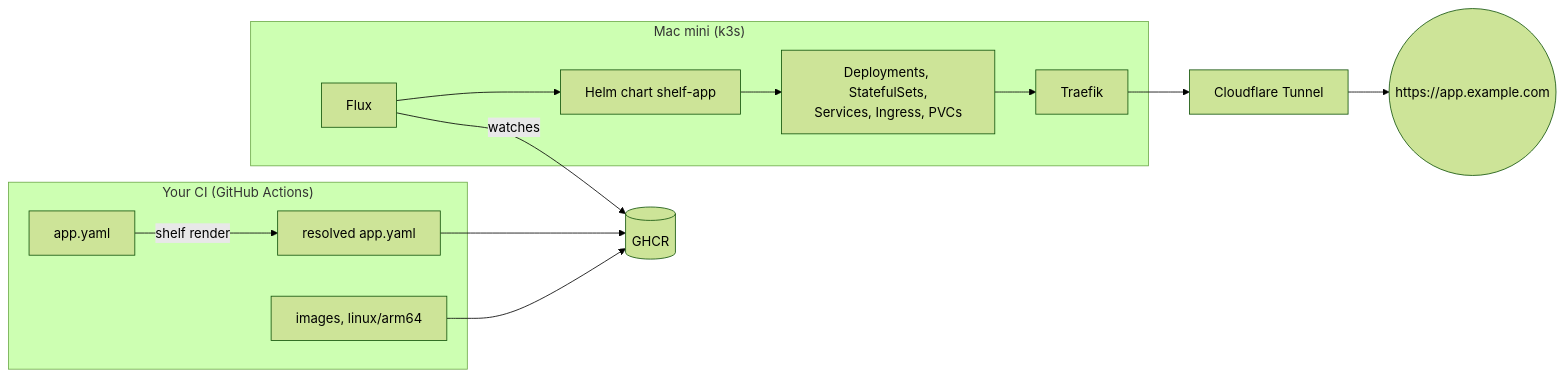
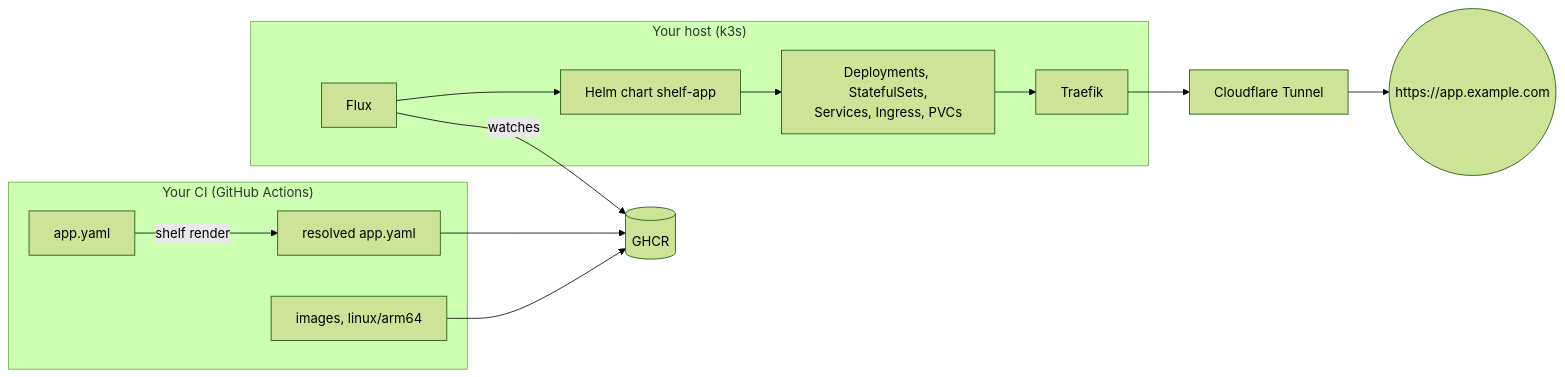
One commit to tweinmann/shelf changed the diagram in README.md. Above: the diagram before and after it, drawn with Mermaid (forest theme). The commit also changed other lines of this file and 20 other files, not shown here.

First line of the commit message:
Re-cut the roadmap around parallel agent previews

````diff
--- a/README.md
+++ b/README.md
@@ -54,16 +64,16 @@
 ```mermaid
 flowchart LR
     subgraph ci["Your CI (GitHub Actions)"]
         A[app.yaml] -->|shelf render| B[resolved app.yaml]
         I[images, linux/arm64]
     end
     B --> R[(GHCR)]
     I --> R
-    subgraph mini["Mac mini (k3s)"]
+    subgraph host["Your host (k3s)"]
         F[Flux] --> H[Helm chart shelf-app]
         H --> K[Deployments, StatefulSets,<br/>Services, Ingress, PVCs]
         K --> X[Traefik]
     end
     F -->|watches| R
     X --> T[Cloudflare Tunnel] --> U(("https://app.example.com"))
 ```
````
